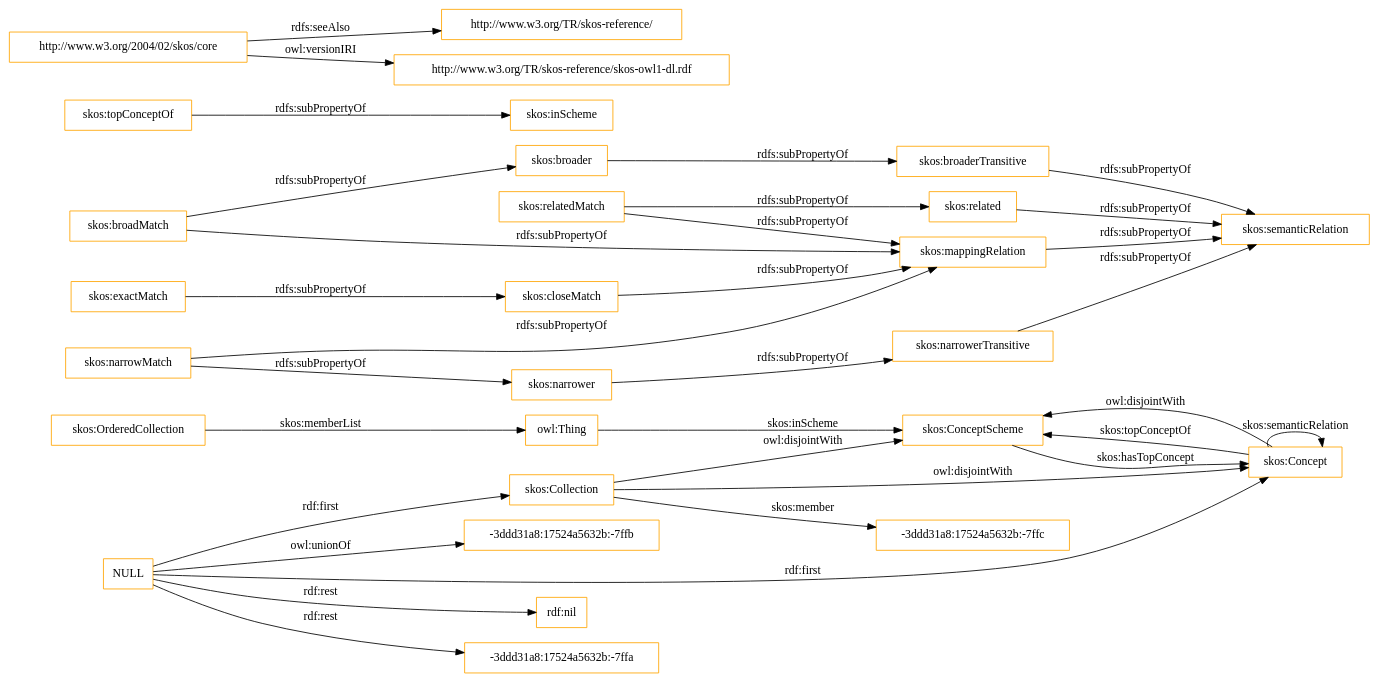
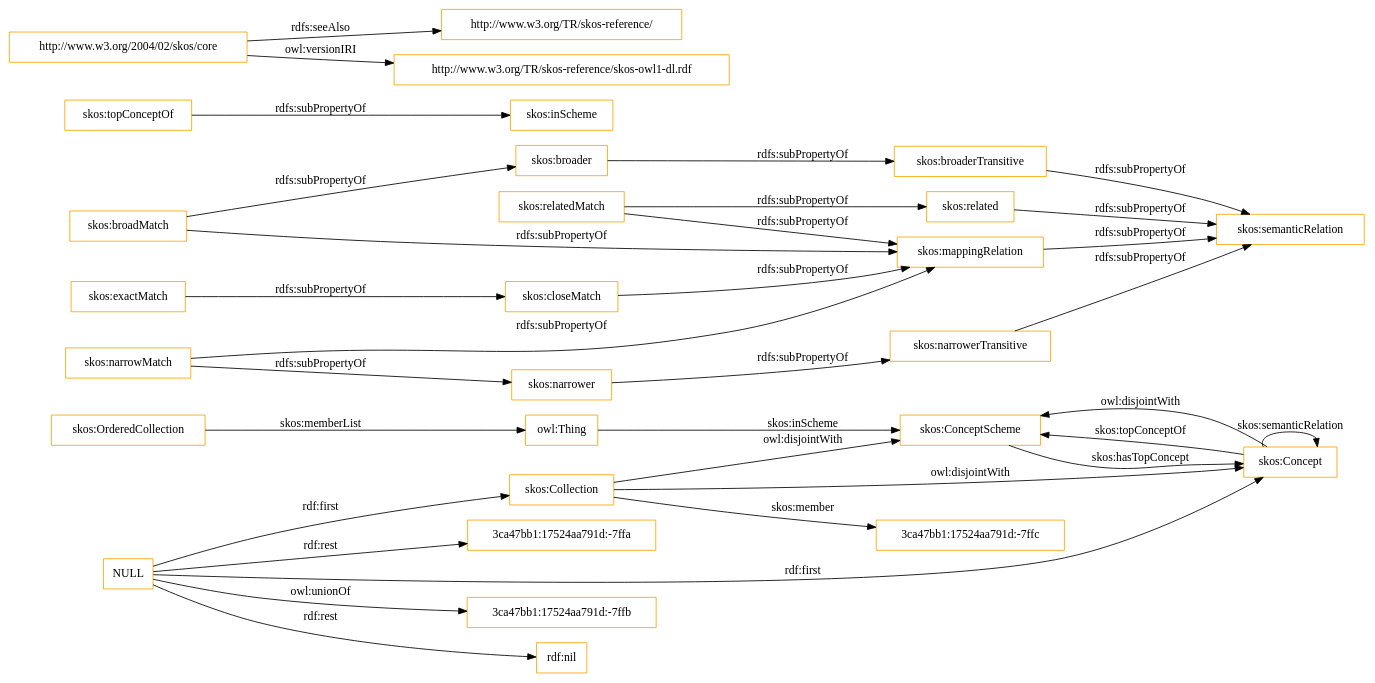
The diagram in OnToology/imports/skos.owl/diagrams/ar2dtool-class/skos.owl.png.dot (OnToologyUser/core-ontology-1), drawn with Graphviz before and after one commit. The commit also changed 14 other files, not shown here.

```diff
--- a/OnToology/imports/skos.owl/diagrams/ar2dtool-class/skos.owl.png.dot
+++ b/OnToology/imports/skos.owl/diagrams/ar2dtool-class/skos.owl.png.dot
@@ -1,37 +1,37 @@
 digraph ar2dtool_diagram { 
 rankdir=LR;
 size="1501"
-node [shape = rectangle, color="orange"]; "skos:OrderedCollection" "skos:ConceptScheme" "skos:Concept" "skos:Collection" "-3ddd31a8:17524a5632b:-7ffc" ; /*classes style*/
+node [shape = rectangle, color="orange"]; "skos:OrderedCollection" "skos:ConceptScheme" "skos:Concept" "skos:Collection" "3ca47bb1:17524aa791d:-7ffc" ; /*classes style*/
 	"skos:narrowerTransitive" -> "skos:semanticRelation" [ label = "rdfs:subPropertyOf" ];
+	"NULL" -> "3ca47bb1:17524aa791d:-7ffb" [ label = "owl:unionOf" ];
 	"NULL" -> "rdf:nil" [ label = "rdf:rest" ];
 	"NULL" -> "skos:Concept" [ label = "rdf:first" ];
-	"NULL" -> "-3ddd31a8:17524a5632b:-7ffa" [ label = "rdf:rest" ];
+	"NULL" -> "3ca47bb1:17524aa791d:-7ffa" [ label = "rdf:rest" ];
 	"NULL" -> "skos:Collection" [ label = "rdf:first" ];
-	"NULL" -> "-3ddd31a8:17524a5632b:-7ffb" [ label = "owl:unionOf" ];
 	"skos:closeMatch" -> "skos:mappingRelation" [ label = "rdfs:subPropertyOf" ];
 	"skos:Concept" -> "skos:ConceptScheme" [ label = "owl:disjointWith" ];
 	"skos:relatedMatch" -> "skos:related" [ label = "rdfs:subPropertyOf" ];
 	"skos:relatedMatch" -> "skos:mappingRelation" [ label = "rdfs:subPropertyOf" ];
 	"skos:related" -> "skos:semanticRelation" [ label = "rdfs:subPropertyOf" ];
 	"skos:topConceptOf" -> "skos:inScheme" [ label = "rdfs:subPropertyOf" ];
 	"skos:broadMatch" -> "skos:mappingRelation" [ label = "rdfs:subPropertyOf" ];
 	"skos:broadMatch" -> "skos:broader" [ label = "rdfs:subPropertyOf" ];
 	"skos:exactMatch" -> "skos:closeMatch" [ label = "rdfs:subPropertyOf" ];
 	"skos:broaderTransitive" -> "skos:semanticRelation" [ label = "rdfs:subPropertyOf" ];
 	"skos:broader" -> "skos:broaderTransitive" [ label = "rdfs:subPropertyOf" ];
 	"skos:mappingRelation" -> "skos:semanticRelation" [ label = "rdfs:subPropertyOf" ];
 	"http://www.w3.org/2004/02/skos/core" -> "http://www.w3.org/TR/skos-reference/" [ label = "rdfs:seeAlso" ];
 	"http://www.w3.org/2004/02/skos/core" -> "http://www.w3.org/TR/skos-reference/skos-owl1-dl.rdf" [ label = "owl:versionIRI" ];
 	"skos:Collection" -> "skos:ConceptScheme" [ label = "owl:disjointWith" ];
 	"skos:Collection" -> "skos:Concept" [ label = "owl:disjointWith" ];
 	"skos:narrower" -> "skos:narrowerTransitive" [ label = "rdfs:subPropertyOf" ];
 	"skos:narrowMatch" -> "skos:narrower" [ label = "rdfs:subPropertyOf" ];
 	"skos:narrowMatch" -> "skos:mappingRelation" [ label = "rdfs:subPropertyOf" ];
 	"skos:OrderedCollection" -> "owl:Thing" [ label = "skos:memberList" ];
 	"skos:Concept" -> "skos:ConceptScheme" [ label = "skos:topConceptOf" ];
 	"skos:Concept" -> "skos:Concept" [ label = "skos:semanticRelation" ];
-	"skos:Collection" -> "-3ddd31a8:17524a5632b:-7ffc" [ label = "skos:member" ];
+	"skos:Collection" -> "3ca47bb1:17524aa791d:-7ffc" [ label = "skos:member" ];
 	"skos:ConceptScheme" -> "skos:Concept" [ label = "skos:hasTopConcept" ];
 	"owl:Thing" -> "skos:ConceptScheme" [ label = "skos:inScheme" ];
 
 }
```
